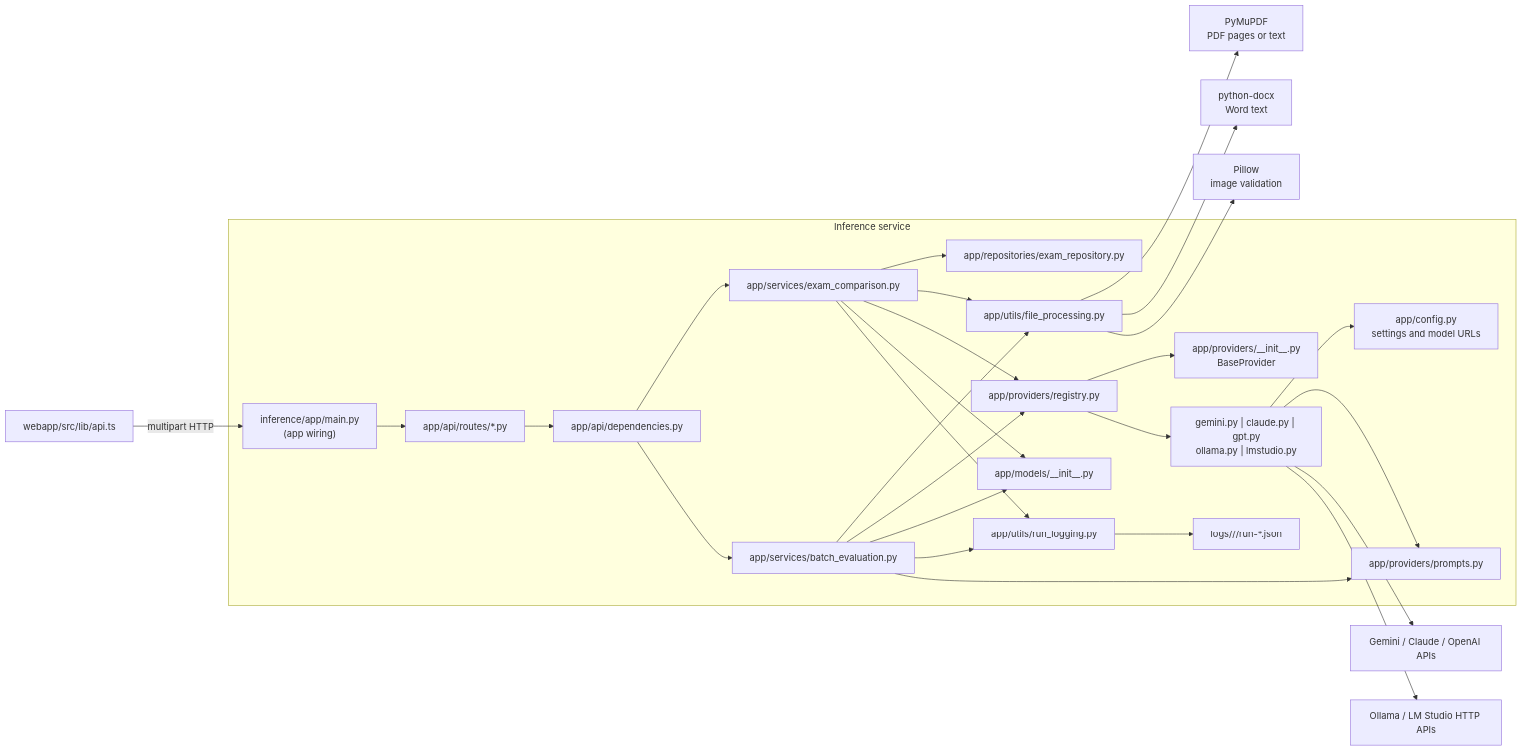
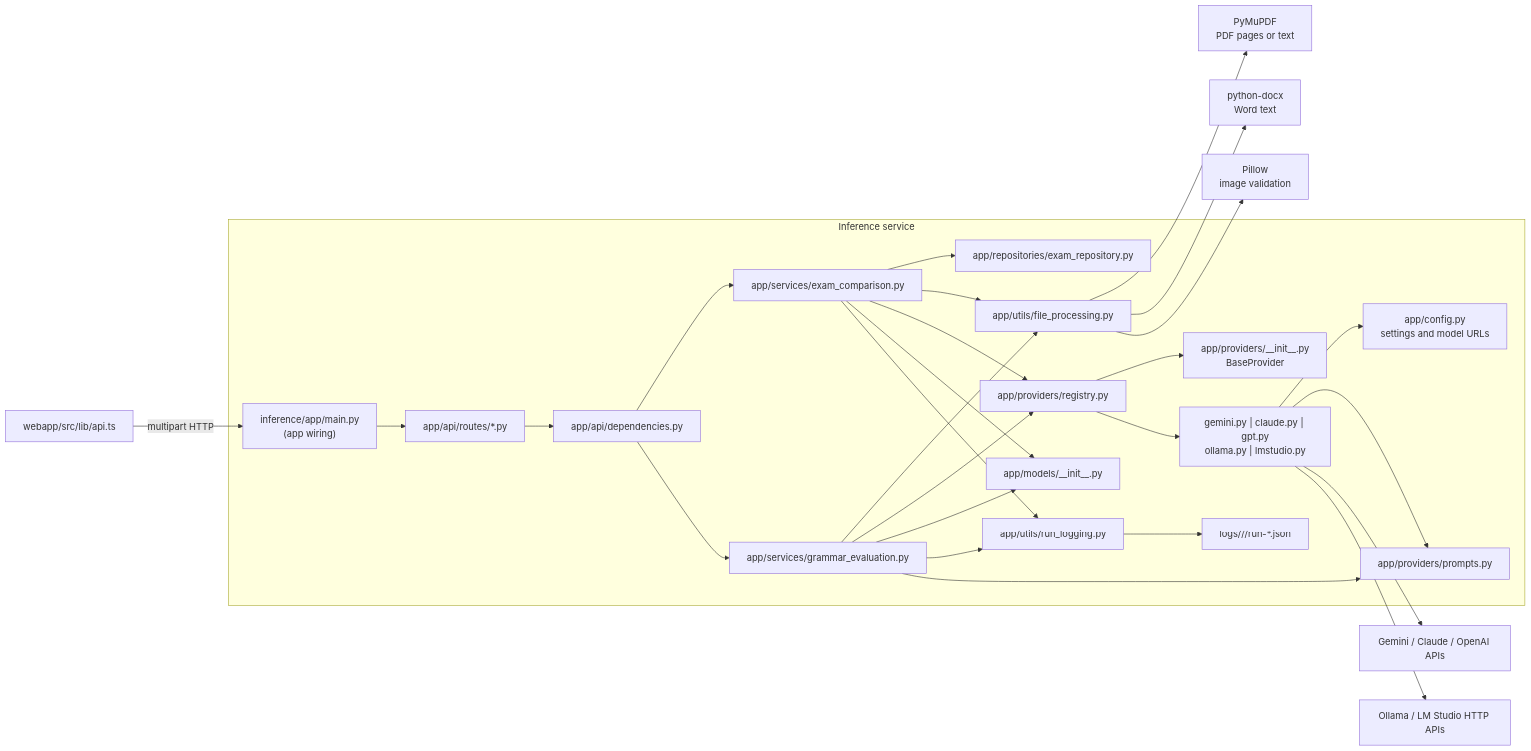
The second of 2 diagrams in docs/inference-api/INFERENCE_APP_LIFECYCLE.md (franciscosuca/exan), drawn with Mermaid before and after one commit. The commit also changed other lines of this file and 34 other files, not shown here.

````diff
--- a/docs/inference-api/INFERENCE_APP_LIFECYCLE.md
+++ b/docs/inference-api/INFERENCE_APP_LIFECYCLE.md
@@ -175,33 +176,33 @@
 ```mermaid
 flowchart LR
     Frontend["webapp/src/lib/api.ts"] -->|multipart HTTP| Main["inference/app/main.py\n(app wiring)"]
 
-    subgraph Inference["Inference service"]
+    subgraph Inference [Inference service]
       Main --> Routers["app/api/routes/*.py"]
       Routers --> Dependencies["app/api/dependencies.py"]
       Dependencies --> ExamService["app/services/exam_comparison.py"]
-      Dependencies --> BatchService["app/services/batch_evaluation.py"]
+      Dependencies --> GrammarService["app/services/grammar_evaluation.py"]
       ExamService --> Repository["app/repositories/exam_repository.py"]
       ExamService --> Processing["app/utils/file_processing.py"]
-      BatchService --> Processing
+      GrammarService --> Processing
       ExamService --> Registry["app/providers/registry.py"]
-      BatchService --> Registry
+      GrammarService --> Registry
       ExamService --> Models["app/models/__init__.py"]
-      BatchService --> Models
+      GrammarService --> Models
       ExamService --> Logging["app/utils/run_logging.py"]
-      BatchService --> Logging
-      BatchService --> Prompts["app/providers/prompts.py"]
+      GrammarService --> Logging
+      GrammarService --> Prompts["app/providers/prompts.py"]
 
         Registry --> Contract["app/providers/__init__.py\nBaseProvider"]
         Registry --> Implementations["gemini.py | claude.py | gpt.py\nollama.py | lmstudio.py"]
         Implementations --> Config["app/config.py\nsettings and model URLs"]
         Implementations --> Prompts
         Logging --> LogFiles["logs/<category>/<timestamp>/run-*.json"]
     end
 
     Processing --> PDF["PyMuPDF\nPDF pages or text"]
     Processing --> Word["python-docx\nWord text"]
     Processing --> Image["Pillow\nimage validation"]
     Implementations --> Cloud["Gemini / Claude / OpenAI APIs"]
     Implementations --> Local["Ollama / LM Studio HTTP APIs"]
 ```
````
